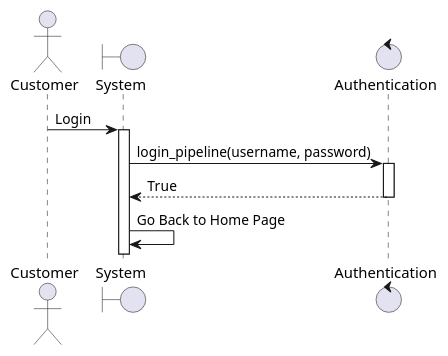
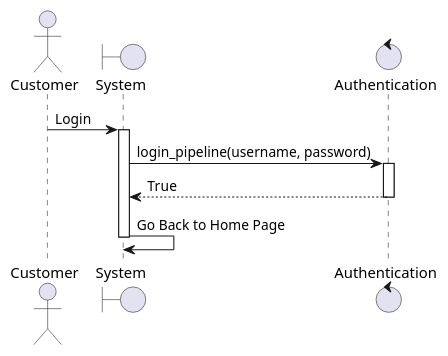
Before and after one commit to mnguye49/finalProject: the diagram in diagrams/sequences/customer_login.puml, drawn with PlantUML.

```diff
--- a/diagrams/sequences/customer_login.puml
+++ b/diagrams/sequences/customer_login.puml
@@ -1,12 +1,13 @@
 @startuml register
 actor Customer
 boundary System as system
 control Authentication as auth
 Customer -> system: Login
 activate system
 system -> auth: login_pipeline(username, password)
 activate auth
 auth --> system: True
 deactivate auth
 system -> system: Go Back to Home Page
+deactivate system
 @enduml
```
